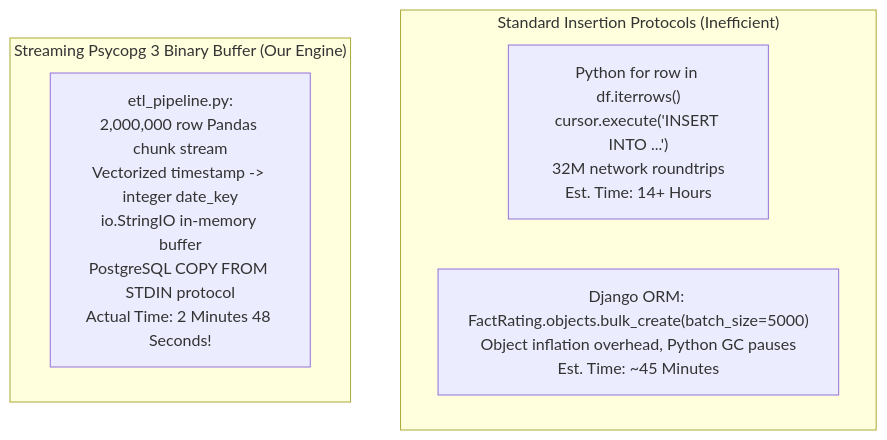
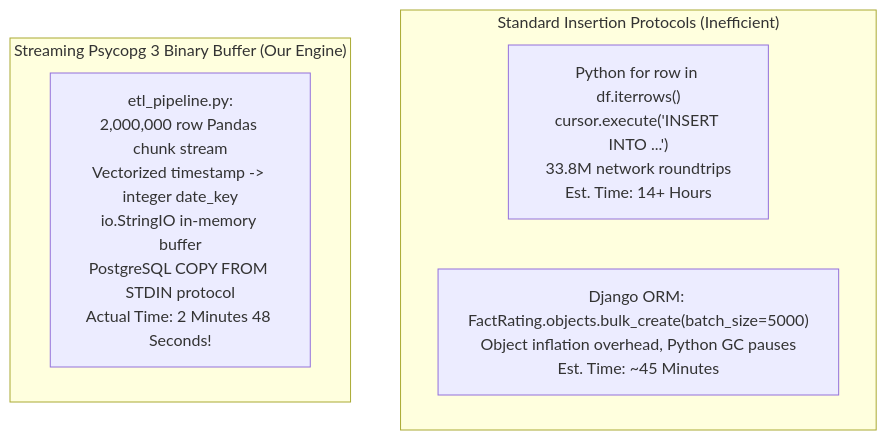
Before and after one commit to noedrflsh/Data_Engg_projet: the fifth of 11 diagrams in COMPLETE_DEVELOPER_GUIDE.md, drawn with Mermaid. The commit also changed other lines of this file and 13 other files, not shown here.

````diff
--- a/COMPLETE_DEVELOPER_GUIDE.md
+++ b/COMPLETE_DEVELOPER_GUIDE.md
@@ -505,11 +505,11 @@
 ```mermaid
 flowchart TD
     subgraph SLOW["Standard Insertion Protocols (Inefficient)"]
-        A["Python for row in df.iterrows()\ncursor.execute('INSERT INTO ...')\n32M network roundtrips\nEst. Time: 14+ Hours"]
+        A["Python for row in df.iterrows()\ncursor.execute('INSERT INTO ...')\n33.8M network roundtrips\nEst. Time: 14+ Hours"]
         B["Django ORM: FactRating.objects.bulk_create(batch_size=5000)\nObject inflation overhead, Python GC pauses\nEst. Time: ~45 Minutes"]
     end
 
     subgraph FAST["Streaming Psycopg 3 Binary Buffer (Our Engine)"]
         C["etl_pipeline.py:\n2,000,000 row Pandas chunk stream\nVectorized timestamp -> integer date_key\nio.StringIO in-memory buffer\nPostgreSQL COPY FROM STDIN protocol\nActual Time: 2 Minutes 48 Seconds!"]
     end
 ```
````
